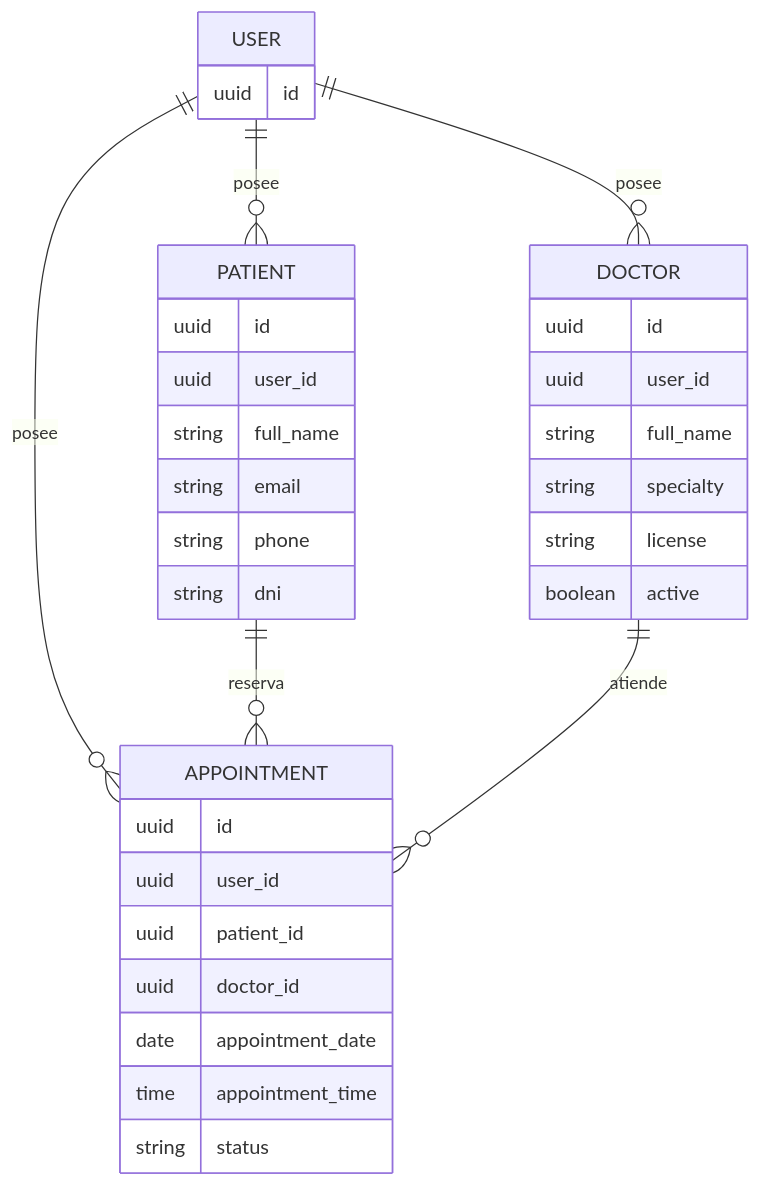
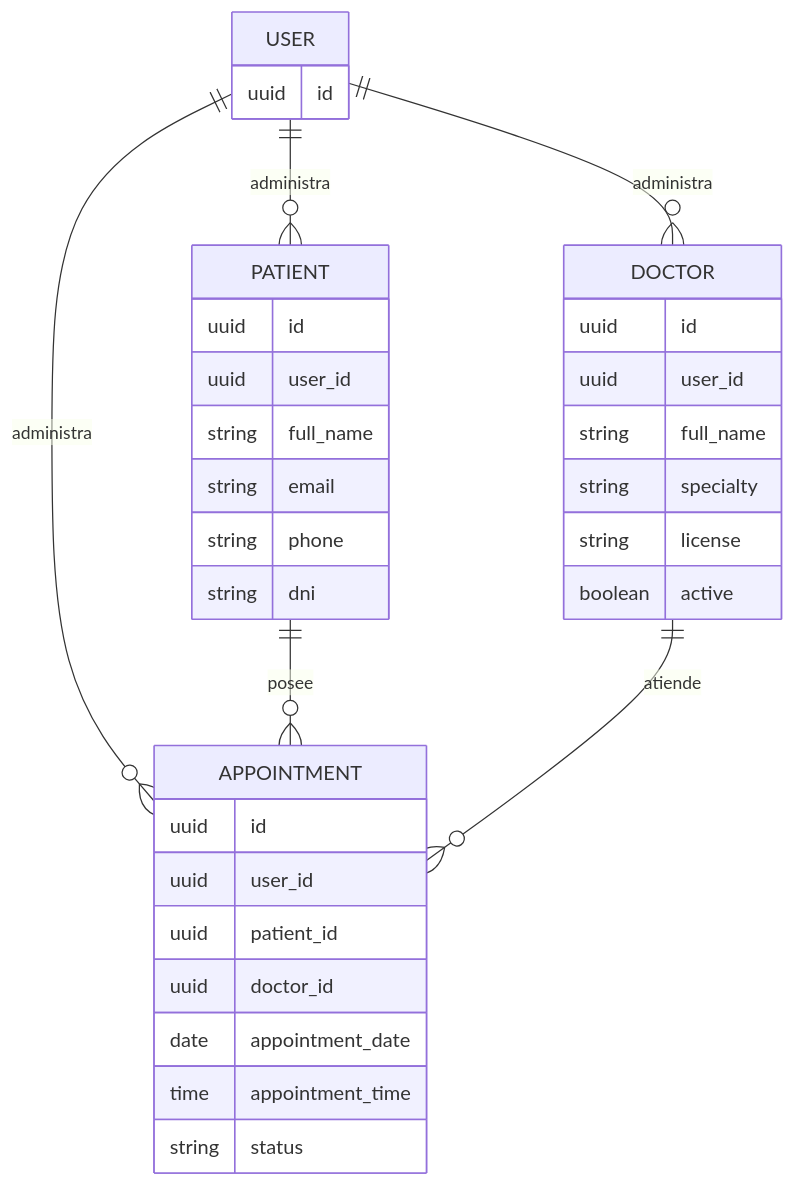
Before and after one commit to RocioAranibar/turnify: the third of 3 diagrams in README.md, drawn with Mermaid. The commit also changed other lines of this file, not shown here.

````diff
--- a/README.md
+++ b/README.md
@@ -174,42 +210,42 @@
 ```mermaid
 erDiagram
 
-    USER ||--o{ PATIENT : posee
-    USER ||--o{ DOCTOR : posee
-    USER ||--o{ APPOINTMENT : posee
+    USER ||--o{ PATIENT : administra
+    USER ||--o{ DOCTOR : administra
+    USER ||--o{ APPOINTMENT : administra
 
-    PATIENT ||--o{ APPOINTMENT : reserva
+    PATIENT ||--o{ APPOINTMENT : posee
     DOCTOR ||--o{ APPOINTMENT : atiende
 
     USER {
         uuid id
     }
 
     PATIENT {
         uuid id
         uuid user_id
         string full_name
         string email
         string phone
         string dni
     }
 
     DOCTOR {
         uuid id
         uuid user_id
         string full_name
         string specialty
         string license
         boolean active
     }
 
     APPOINTMENT {
         uuid id
         uuid user_id
         uuid patient_id
         uuid doctor_id
         date appointment_date
         time appointment_time
         string status
     }
 ```
````
